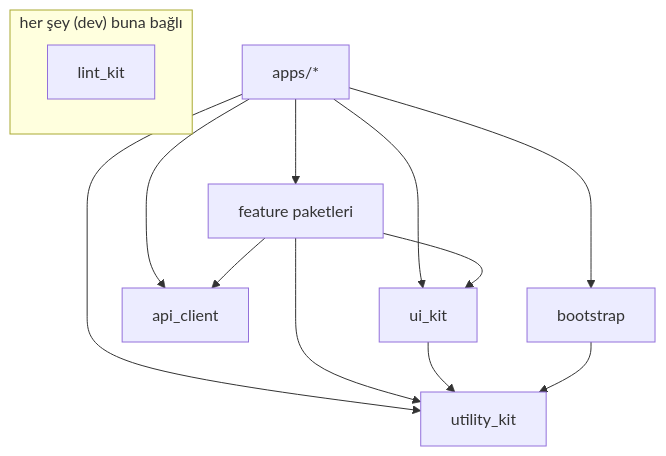
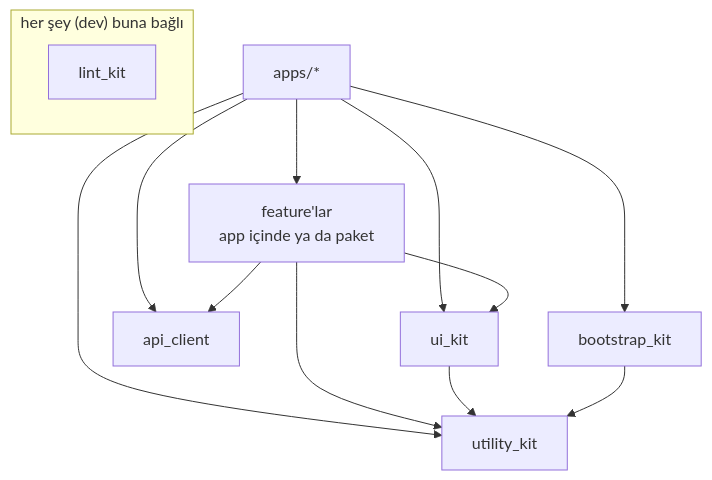
One commit to fatiharge/fatiharge-apps changed the diagram in architecture/overview.tr.md. Above: the diagram before and after it, drawn with Mermaid. The commit also changed other lines of this file and 1 other file, not shown here.

Commit message:
docs(architecture): align the monorepo layout with the actual repo

````diff
--- a/architecture/overview.tr.md
+++ b/architecture/overview.tr.md
@@ -67,16 +82,16 @@
 ```mermaid
 graph TD
-  app[apps/*] --> feature[feature paketleri]
+  app[apps/*] --> feature[feature'lar<br/>app içinde ya da paket]
   app --> uikit[ui_kit]
   app --> util[utility_kit]
   app --> api[api_client]
-  app --> boot[bootstrap]
+  app --> boot[bootstrap_kit]
   feature --> uikit
   feature --> util
   feature --> api
   uikit --> util
   boot --> util
   subgraph "her şey (dev) buna bağlı"
     lint[lint_kit]
   end
 ```
````
